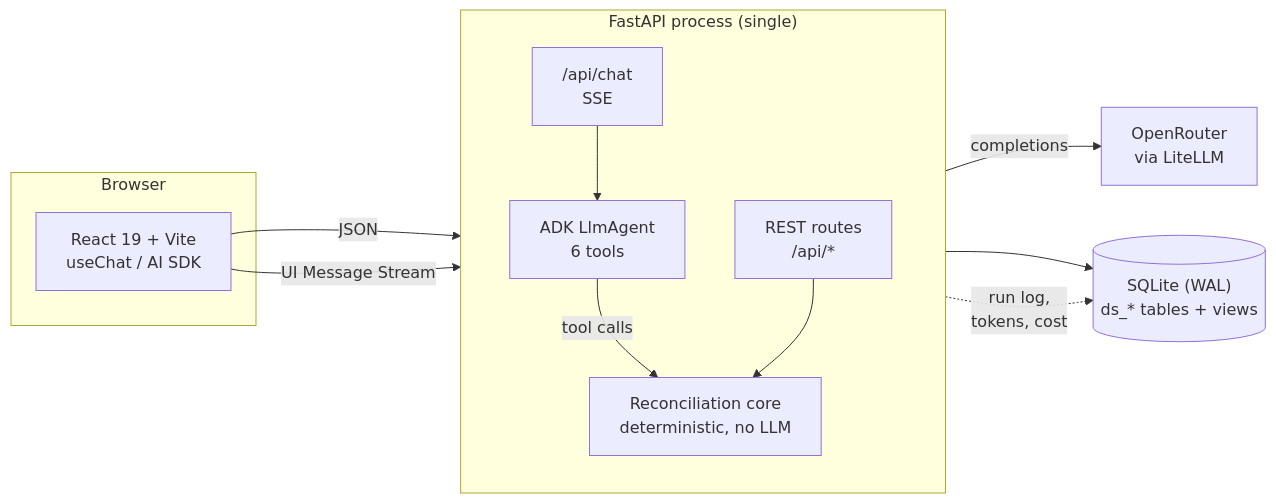
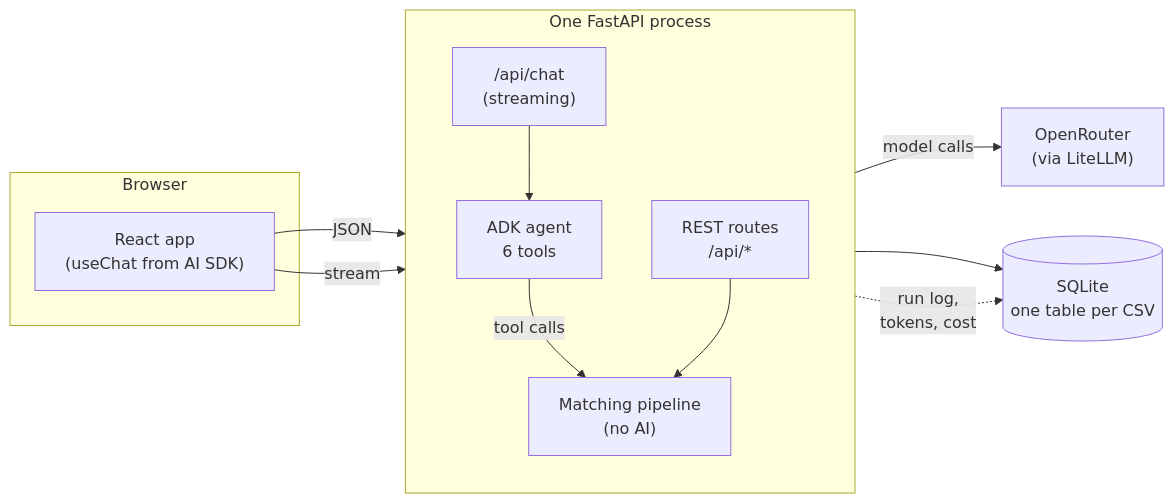
Before and after one commit to Gous0786/LedgerLine: the first of 3 diagrams in docs/ARCHITECTURE.md, drawn with Mermaid. The commit also changed other lines of this file and 5 other files, not shown here.

````diff
--- a/docs/ARCHITECTURE.md
+++ b/docs/ARCHITECTURE.md
@@ -17,26 +14,26 @@
 ```mermaid
 flowchart LR
     subgraph Browser
-        UI["React 19 + Vite<br/>useChat / AI SDK"]
+        UI["React app<br/>(useChat from AI SDK)"]
     end
 
-    subgraph API["FastAPI process (single)"]
+    subgraph API["One FastAPI process"]
         direction TB
         HTTP["REST routes<br/>/api/*"]
-        CHAT["/api/chat<br/>SSE"]
-        AGENT["ADK LlmAgent<br/>6 tools"]
-        CORE["Reconciliation core<br/>deterministic, no LLM"]
+        CHAT["/api/chat<br/>(streaming)"]
+        AGENT["ADK agent<br/>6 tools"]
+        CORE["Matching pipeline<br/>(no AI)"]
     end
 
-    DB[("SQLite (WAL)<br/>ds_* tables + views")]
-    OR["OpenRouter<br/>via LiteLLM"]
+    DB[("SQLite<br/>one table per CSV")]
+    OR["OpenRouter<br/>(via LiteLLM)"]
 
     UI -- "JSON" --> HTTP
-    UI -- "UI Message Stream" --> CHAT
+    UI -- "stream" --> CHAT
     CHAT --> AGENT
     AGENT -- "tool calls" --> CORE
-    AGENT -- "completions" --> OR
+    AGENT -- "model calls" --> OR
     HTTP --> CORE
     CORE --> DB
     AGENT -.->|"run log,<br/>tokens, cost"| DB
 ```
````
